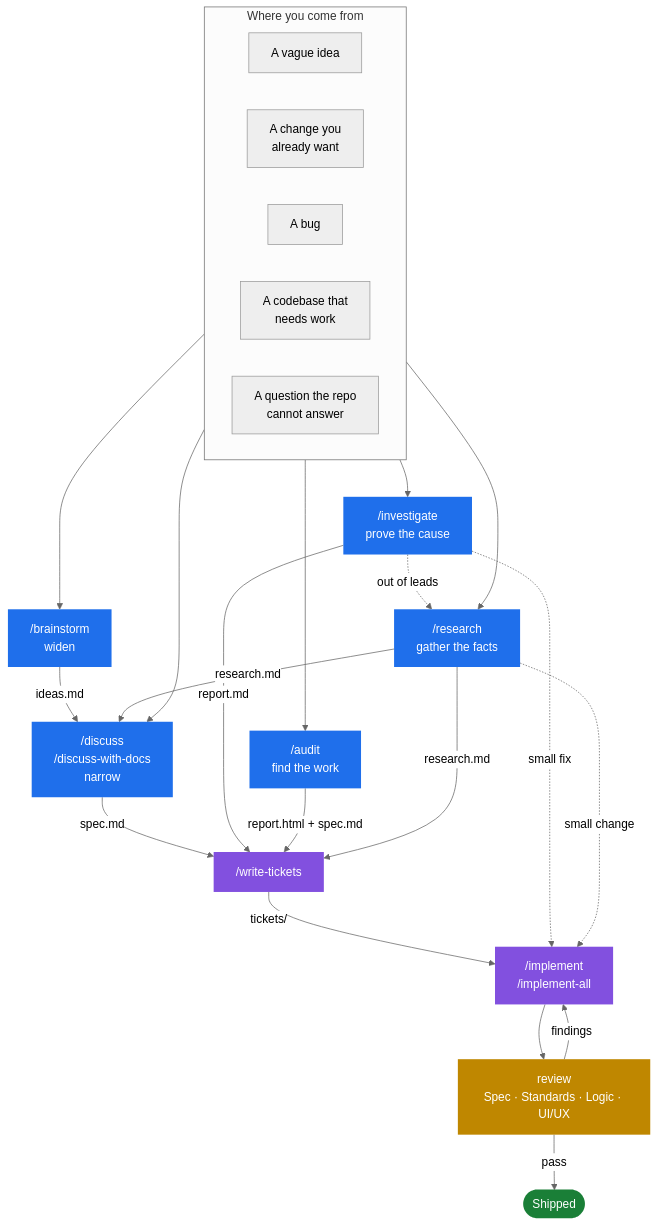
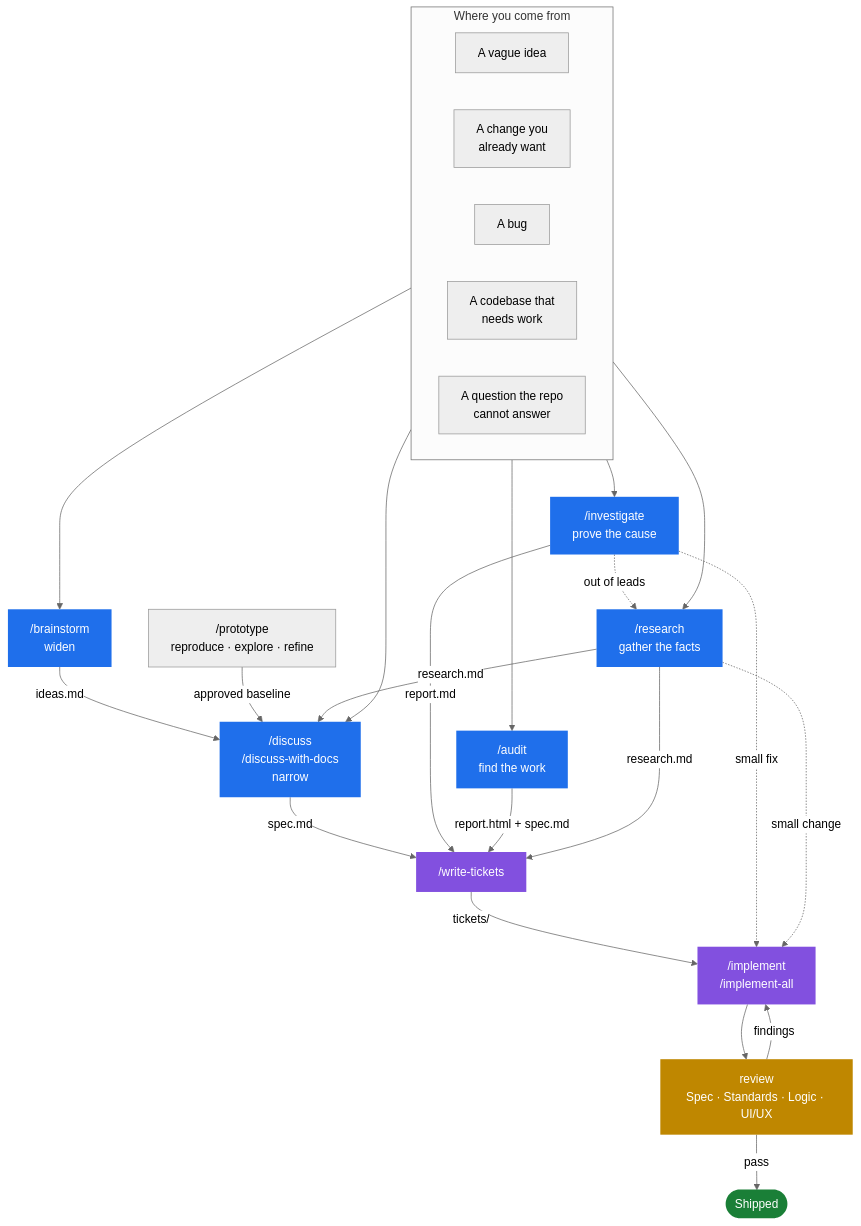
Before and after one commit to NickDabizaz/skills: the first of 7 diagrams in README.md, drawn with Mermaid (neutral theme). The commit also changed other lines of this file and 38 other files, not shown here.

````diff
--- a/README.md
+++ b/README.md
@@ -76,43 +76,44 @@
 ```mermaid
 flowchart TD
     subgraph entry["Where you come from"]
         direction LR
         E1["A vague idea"]
         E2["A change you<br/>already want"]
         E3["A bug"]
         E4["A codebase that<br/>needs work"]
         E5["A question the repo<br/>cannot answer"]
     end
 
     E1 --> BR["/brainstorm<br/>widen"]
     E2 --> DIS["/discuss<br/>/discuss-with-docs<br/>narrow"]
     E3 --> INV["/investigate<br/>prove the cause"]
     E4 --> AUD["/audit<br/>find the work"]
     E5 --> RES["/research<br/>gather the facts"]
 
     BR -->|"ideas.md"| DIS
+    PRO["/prototype<br/>reproduce · explore · refine"] -->|"approved baseline"| DIS
     DIS -->|"spec.md"| WT["/write-tickets"]
     INV -->|"report.md"| WT
     AUD -->|"report.html + spec.md"| WT
     RES -->|"research.md"| DIS
     RES -->|"research.md"| WT
     INV -.->|"out of leads"| RES
 
     WT -->|"tickets/"| IMP["/implement<br/>/implement-all"]
     INV -.->|"small fix"| IMP
     RES -.->|"small change"| IMP
 
     IMP --> REV["review<br/>Spec · Standards · Logic · UI/UX"]
     REV -->|"findings"| IMP
     REV -->|"pass"| SHIP(["Shipped"])
 
     style BR fill:#1f6feb,color:#fff,stroke:none
     style DIS fill:#1f6feb,color:#fff,stroke:none
     style INV fill:#1f6feb,color:#fff,stroke:none
     style RES fill:#1f6feb,color:#fff,stroke:none
     style AUD fill:#1f6feb,color:#fff,stroke:none
     style WT fill:#8250df,color:#fff,stroke:none
     style IMP fill:#8250df,color:#fff,stroke:none
     style REV fill:#bf8700,color:#fff,stroke:none
     style SHIP fill:#1a7f37,color:#fff,stroke:none
 ```
````
